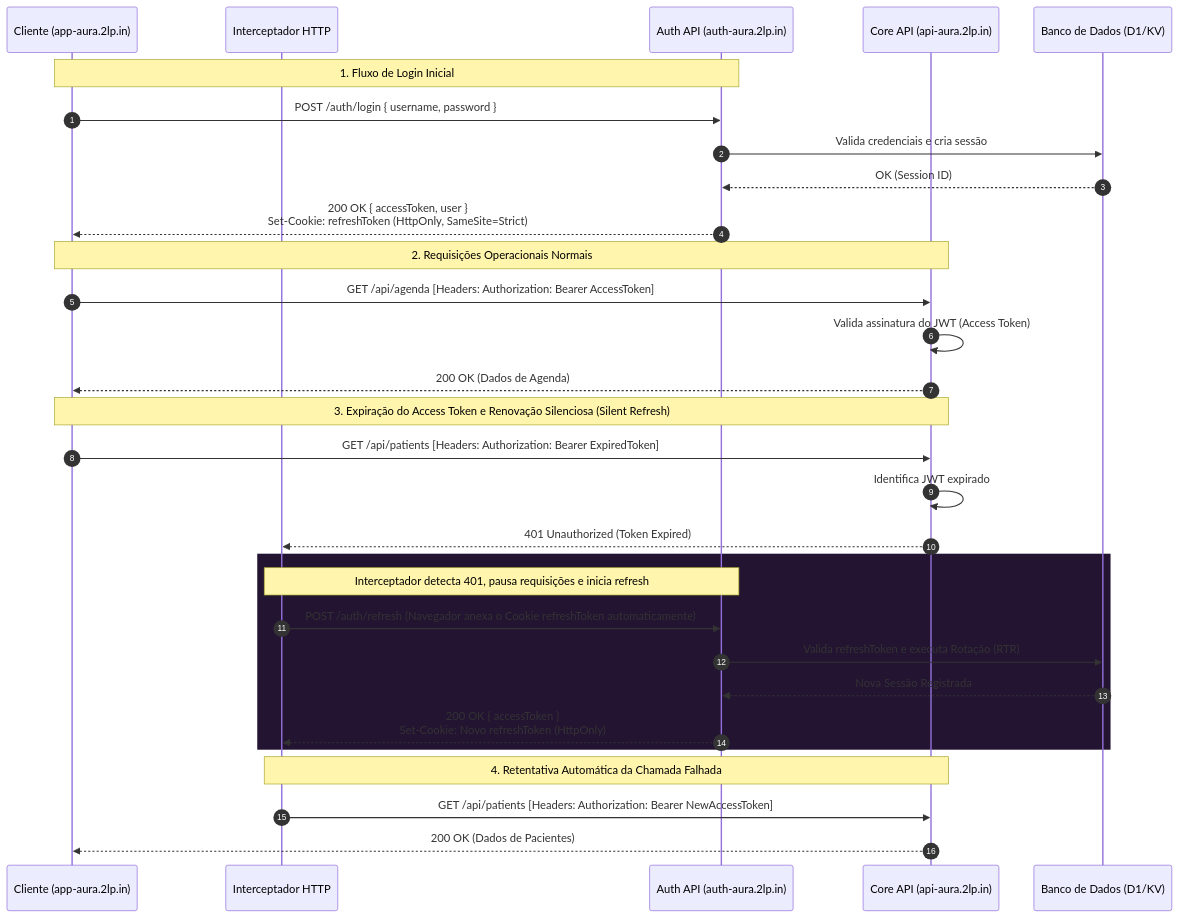
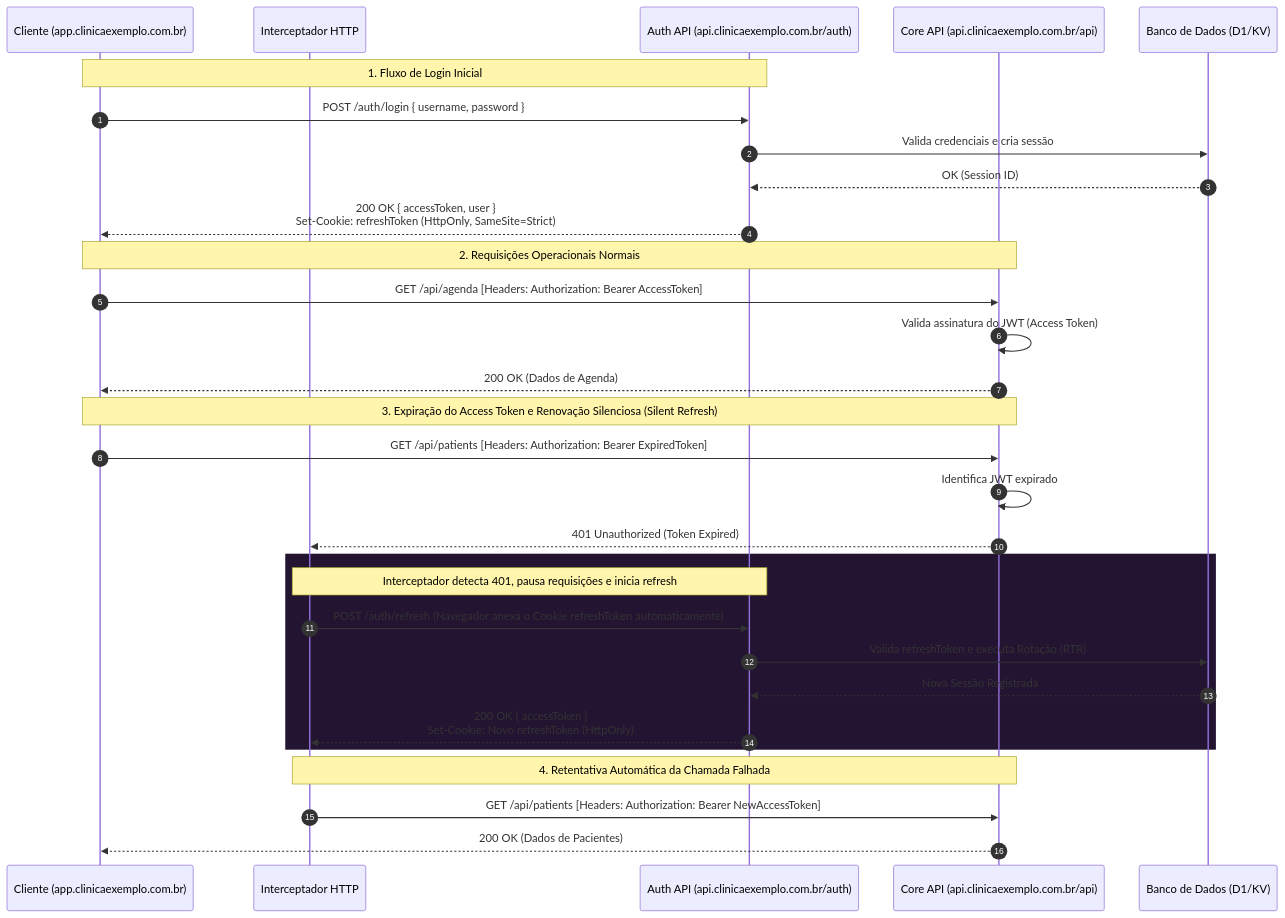
Before and after one commit to lumenpink/aura: the diagram in apps/internal-docs/src/content/docs/seguranca-auth.mdx, drawn with Mermaid. The commit also changed other lines of this file and 7 other files, not shown here.

````diff
--- a/apps/internal-docs/src/content/docs/seguranca-auth.mdx
+++ b/apps/internal-docs/src/content/docs/seguranca-auth.mdx
@@ -33,37 +33,37 @@
 ```mermaid
 sequenceDiagram
     autonumber
-    participant Client as Cliente (app-aura.2lp.in)
+    participant Client as Cliente (app.clinicaexemplo.com.br)
     participant Interceptor as Interceptador HTTP
-    participant AuthAPI as Auth API (auth-aura.2lp.in)
-    participant CoreAPI as Core API (api-aura.2lp.in)
+    participant AuthAPI as Auth API (api.clinicaexemplo.com.br/auth)
+    participant CoreAPI as Core API (api.clinicaexemplo.com.br/api)
     participant D1 as Banco de Dados (D1/KV)
 
     Note over Client, AuthAPI: 1. Fluxo de Login Inicial
     Client->>AuthAPI: POST /auth/login { username, password }
     AuthAPI->>D1: Valida credenciais e cria sessão
     D1-->>AuthAPI: OK (Session ID)
     AuthAPI-->>Client: 200 OK { accessToken, user }<br/>Set-Cookie: refreshToken (HttpOnly, SameSite=Strict)
 
     Note over Client, CoreAPI: 2. Requisições Operacionais Normais
     Client->>CoreAPI: GET /api/agenda [Headers: Authorization: Bearer AccessToken]
     CoreAPI->>CoreAPI: Valida assinatura do JWT (Access Token)
     CoreAPI-->>Client: 200 OK (Dados de Agenda)
 
     Note over Client, CoreAPI: 3. Expiração do Access Token e Renovação Silenciosa (Silent Refresh)
     Client->>CoreAPI: GET /api/patients [Headers: Authorization: Bearer ExpiredToken]
     CoreAPI->>CoreAPI: Identifica JWT expirado
     CoreAPI-->>Interceptor: 401 Unauthorized (Token Expired)
 
     rect rgb(35, 20, 50)
         Note over Interceptor, AuthAPI: Interceptador detecta 401, pausa requisições e inicia refresh
         Interceptor->>AuthAPI: POST /auth/refresh (Navegador anexa o Cookie refreshToken automaticamente)
         AuthAPI->>D1: Valida refreshToken e executa Rotação (RTR)
         D1-->>AuthAPI: Nova Sessão Registrada
         AuthAPI-->>Interceptor: 200 OK { accessToken }<br/>Set-Cookie: Novo refreshToken (HttpOnly)
     end
 
     Note over Interceptor, CoreAPI: 4. Retentativa Automática da Chamada Falhada
     Interceptor->>CoreAPI: GET /api/patients [Headers: Authorization: Bearer NewAccessToken]
     CoreAPI-->>Client: 200 OK (Dados de Pacientes)
 ```
````
